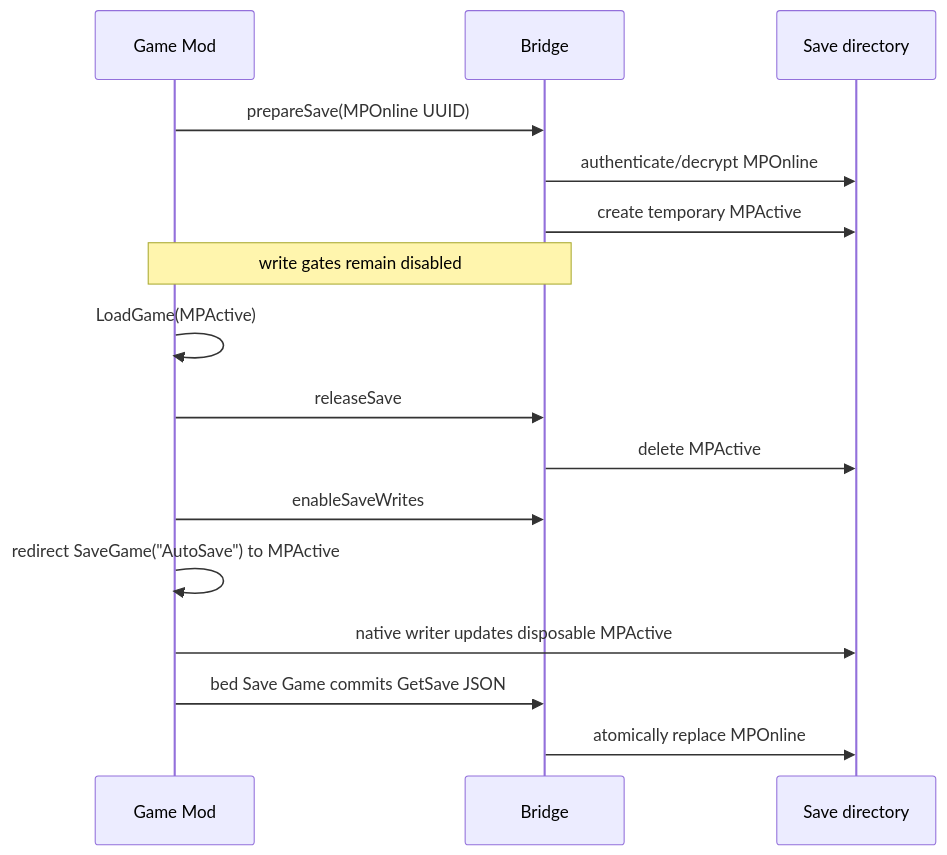
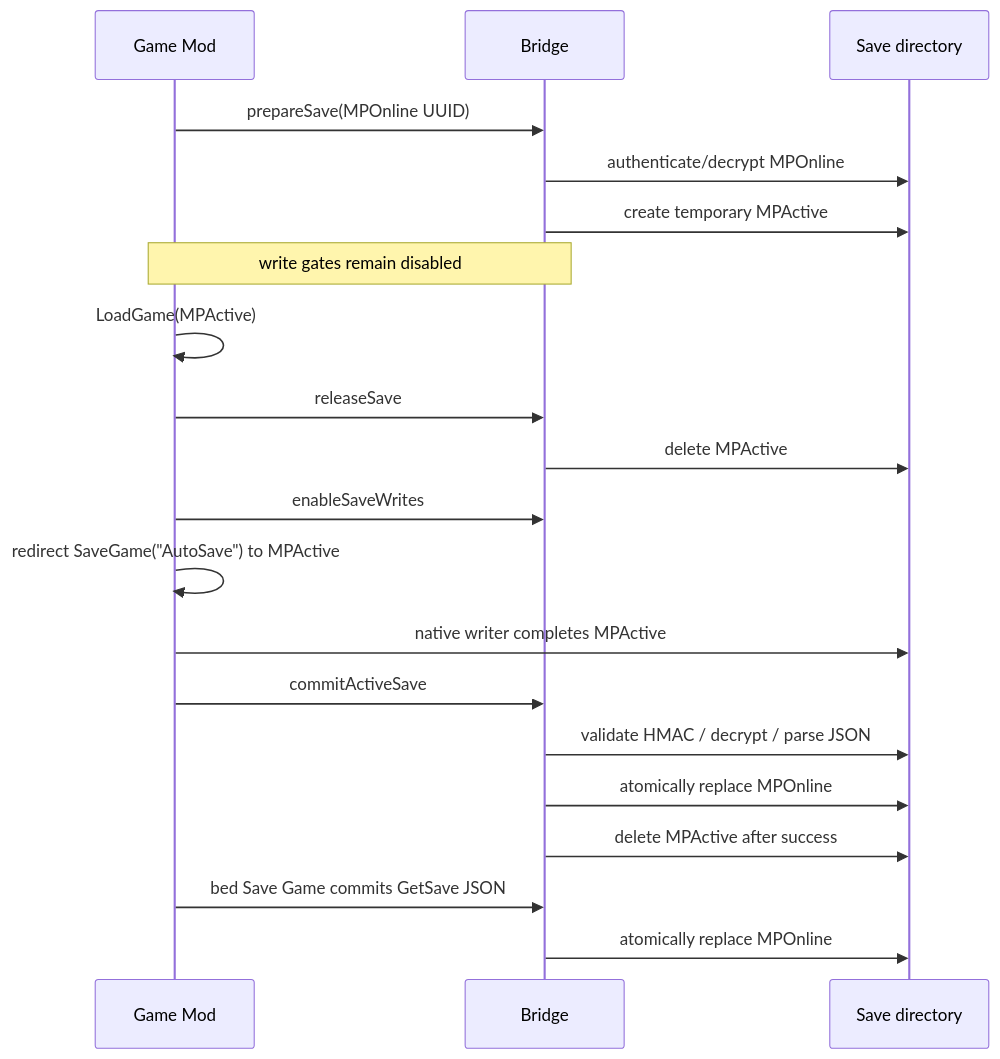
One commit to Sakura-QoQ/Multiplayer-Mod changed the second of 2 diagrams in docs/ARCHITECTURE.md. Above: the diagram before and after it, drawn with Mermaid. The commit also changed other lines of this file and 7 other files, not shown here.

````diff
--- a/docs/ARCHITECTURE.md
+++ b/docs/ARCHITECTURE.md
@@ -59,18 +59,22 @@
 ```mermaid
 sequenceDiagram
     participant G as Game Mod
     participant B as Bridge
     participant D as Save directory
     G->>B: prepareSave(MPOnline UUID)
     B->>D: authenticate/decrypt MPOnline
     B->>D: create temporary MPActive
     Note over G,B: write gates remain disabled
     G->>G: LoadGame(MPActive)
     G->>B: releaseSave
     B->>D: delete MPActive
     G->>B: enableSaveWrites
     G->>G: redirect SaveGame("AutoSave") to MPActive
-    G->>D: native writer updates disposable MPActive
+    G->>D: native writer completes MPActive
+    G->>B: commitActiveSave
+    B->>D: validate HMAC / decrypt / parse JSON
+    B->>D: atomically replace MPOnline
+    B->>D: delete MPActive after success
     G->>B: bed Save Game commits GetSave JSON
     B->>D: atomically replace MPOnline
 ```
````
